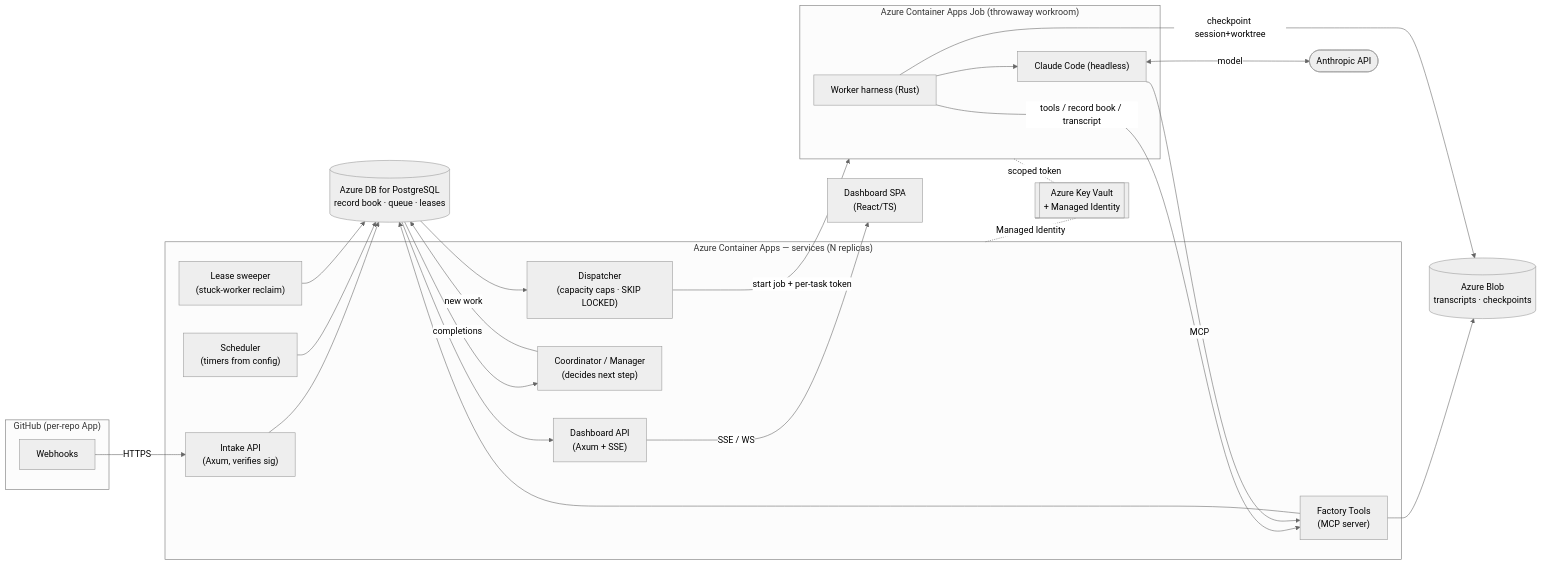
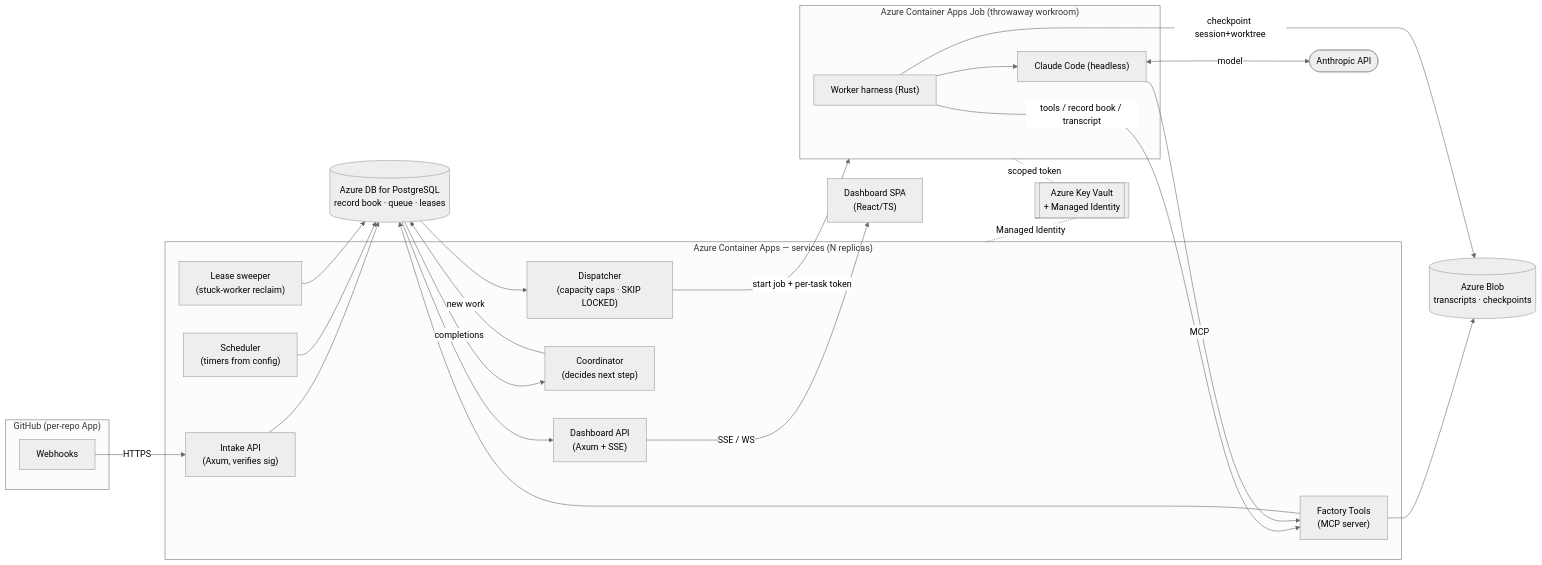
Before and after one commit to prezaei/simplefactory: the diagram in docs/factory-technical-spec.md, drawn with Mermaid (neutral theme). The commit also changed other lines of this file and 2 other files, not shown here.

First line of the commit message:
docs: P4.5 per-role worker lifecycle + Coordinator/Manager disambiguation (#14)

````diff
--- a/docs/factory-technical-spec.md
+++ b/docs/factory-technical-spec.md
@@ -33,47 +33,47 @@
 ```mermaid
 flowchart LR
     subgraph GH["GitHub (per-repo App)"]
       WH["Webhooks"]
     end
 
     subgraph ACA["Azure Container Apps — services (N replicas)"]
       IN["Intake API<br/>(Axum, verifies sig)"]
       SCH["Scheduler<br/>(timers from config)"]
       DISP["Dispatcher<br/>(capacity caps · SKIP LOCKED)"]
-      MGR["Coordinator / Manager<br/>(decides next step)"]
+      MGR["Coordinator<br/>(decides next step)"]
       TOOLS["Factory Tools<br/>(MCP server)"]
       API["Dashboard API<br/>(Axum + SSE)"]
       SWEEP["Lease sweeper<br/>(stuck-worker reclaim)"]
     end
 
     PG[("Azure DB for PostgreSQL<br/>record book · queue · leases")]
     BLOB[("Azure Blob<br/>transcripts · checkpoints")]
     KV[["Azure Key Vault<br/>+ Managed Identity"]]
 
     subgraph JOB["Azure Container Apps Job (throwaway workroom)"]
       W["Worker harness (Rust)"]
       CC["Claude Code (headless)"]
     end
 
     SPA["Dashboard SPA<br/>(React/TS)"]
 
     WH -->|HTTPS| IN
     IN --> PG
     SCH --> PG
     PG --> DISP
     DISP -->|start job + per-task token| JOB
     W --> CC
     CC <-->|model| ANTH(["Anthropic API"])
     W -->|tools / record book / transcript| TOOLS
     CC -->|MCP| TOOLS
     TOOLS --> PG
     TOOLS --> BLOB
     W -->|checkpoint session+worktree| BLOB
     PG -->|completions| MGR
     MGR -->|new work| PG
     SWEEP --> PG
     PG --> API
     API -->|SSE / WS| SPA
     ACA -. Managed Identity .- KV
     JOB -. scoped token .- KV
 ```
````
